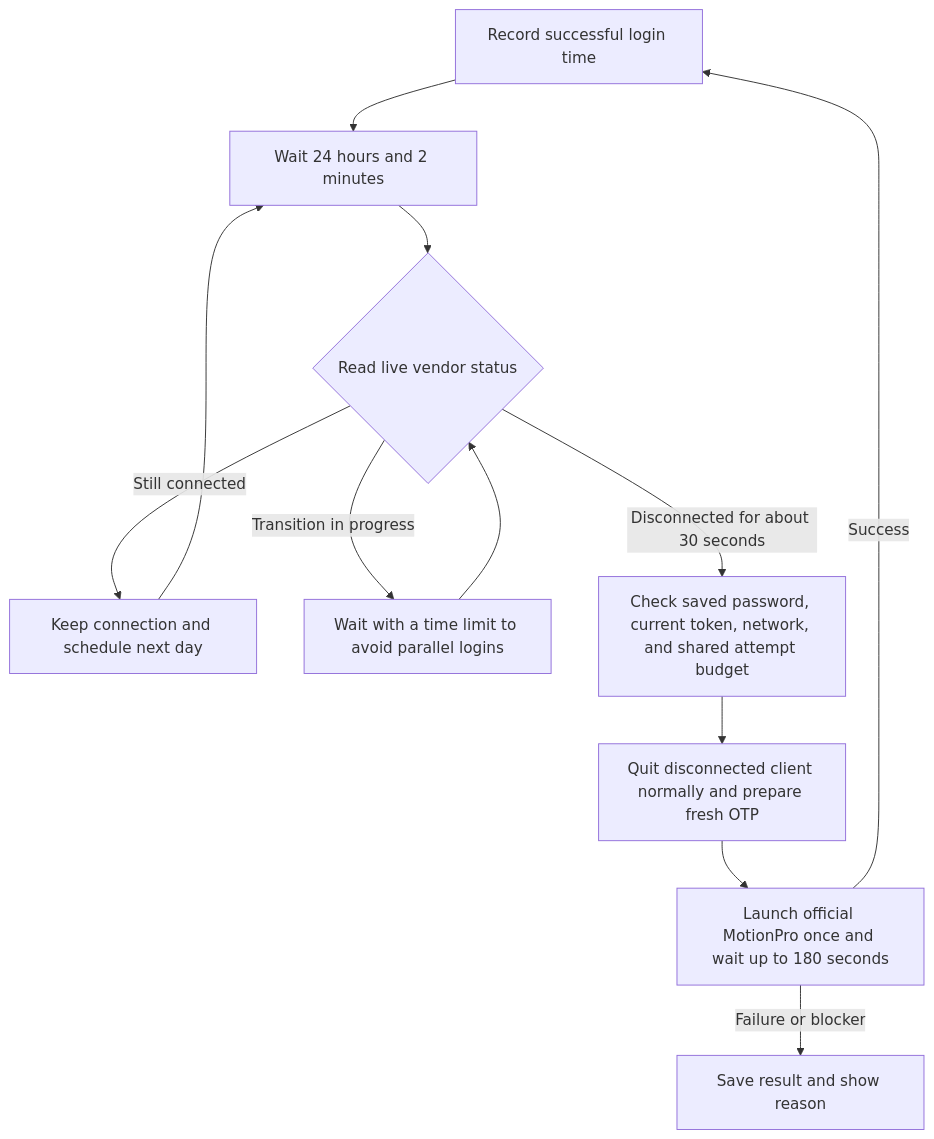
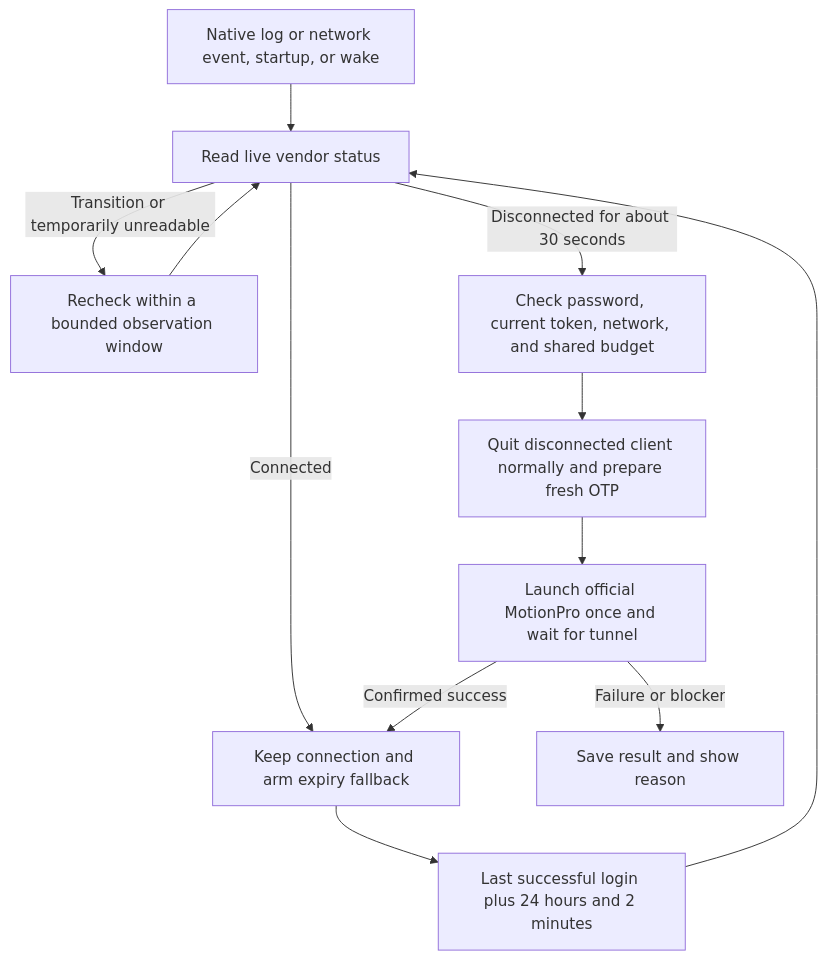
The diagram in README.md (Iranb/motionpro-guard-open-source), drawn with Mermaid before and after one commit. The commit also changed other lines of this file and 25 other files, not shown here.

````diff
--- a/README.md
+++ b/README.md
@@ -11,14 +11,14 @@
 ```mermaid
 flowchart TD
-    A[Record successful login time] --> B[Wait 24 hours and 2 minutes]
-    B --> C{Read live vendor status}
-    C -->|Still connected| D[Keep connection and schedule next day]
-    D --> B
-    C -->|Transition in progress| E[Wait with a time limit to avoid parallel logins]
-    E --> C
-    C -->|Disconnected for about 30 seconds| F[Check saved password, current token, network, and shared attempt budget]
+    A[Native log or network event, startup, or wake] --> B[Read live vendor status]
+    C[Last successful login plus 24 hours and 2 minutes] --> B
+    B -->|Connected| D[Keep connection and arm expiry fallback]
+    D --> C
+    B -->|Transition or temporarily unreadable| E[Recheck within a bounded observation window]
+    E --> B
+    B -->|Disconnected for about 30 seconds| F[Check password, current token, network, and shared budget]
     F --> G[Quit disconnected client normally and prepare fresh OTP]
-    G --> H[Launch official MotionPro once and wait up to 180 seconds]
-    H -->|Success| A
+    G --> H[Launch official MotionPro once and wait for tunnel]
+    H -->|Confirmed success| D
     H -->|Failure or blocker| I[Save result and show reason]
 ```
````
